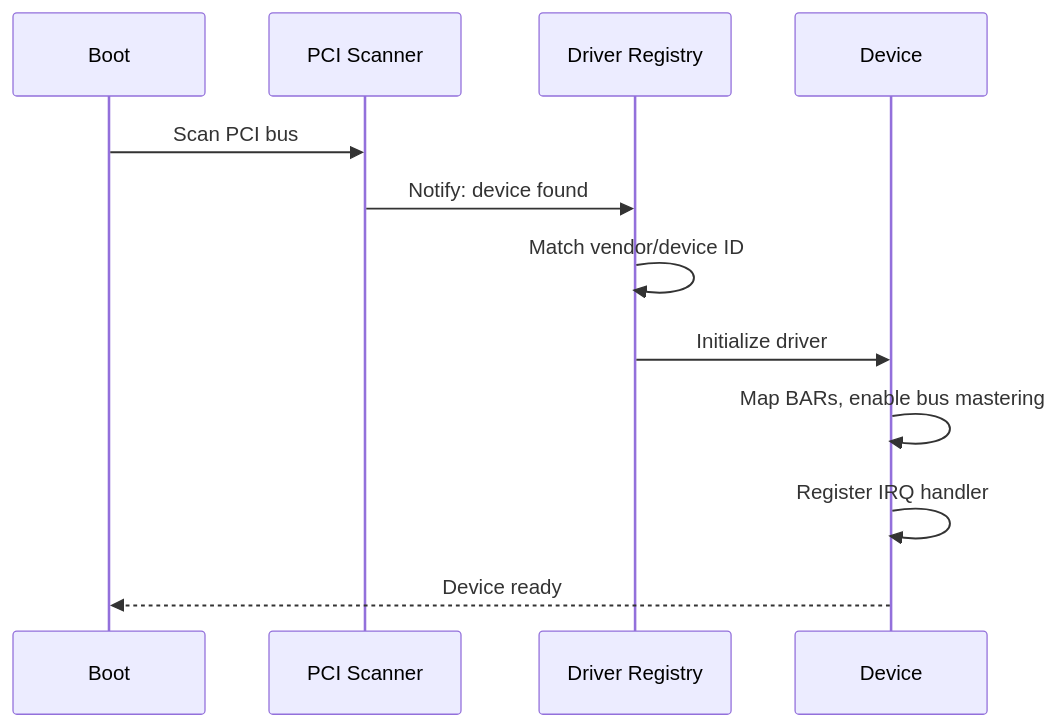
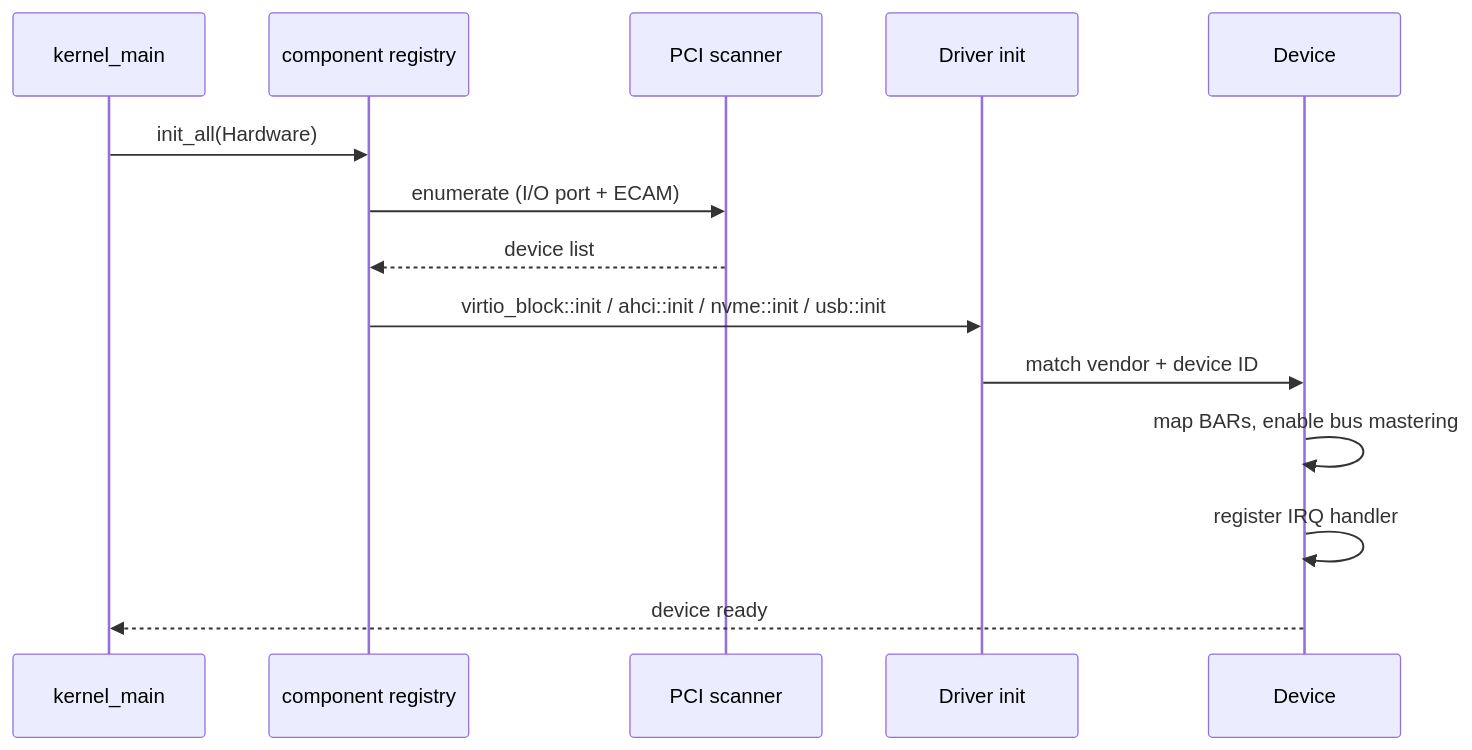
The third of 3 diagrams in docs-site/src/driver-model.md (ggielly/strat9-os), drawn with Mermaid before and after one commit. The commit also changed other lines of this file and 70 other files, not shown here.

````diff
--- a/docs-site/src/driver-model.md
+++ b/docs-site/src/driver-model.md
@@ -181,15 +240,17 @@
 ```mermaid
 sequenceDiagram
-    participant BOOT as Boot
-    participant PCI as PCI Scanner
-    participant DRV as Driver Registry
+    participant BOOT as kernel_main
+    participant COMP as component registry
+    participant PCI as PCI scanner
+    participant INIT as Driver init
     participant DEV as Device
 
-    BOOT->>PCI: Scan PCI bus
-    PCI->>DRV: Notify: device found
-    DRV->>DRV: Match vendor/device ID
-    DRV->>DEV: Initialize driver
-    DEV->>DEV: Map BARs, enable bus mastering
-    DEV->>DEV: Register IRQ handler
-    DEV-->>BOOT: Device ready
+    BOOT->>COMP: init_all(Hardware)
+    COMP->>PCI: enumerate (I/O port + ECAM)
+    PCI-->>COMP: device list
+    COMP->>INIT: virtio_block::init / ahci::init / nvme::init / usb::init
+    INIT->>DEV: match vendor + device ID
+    DEV->>DEV: map BARs, enable bus mastering
+    DEV->>DEV: register IRQ handler
+    DEV-->>BOOT: device ready
 ```
````
